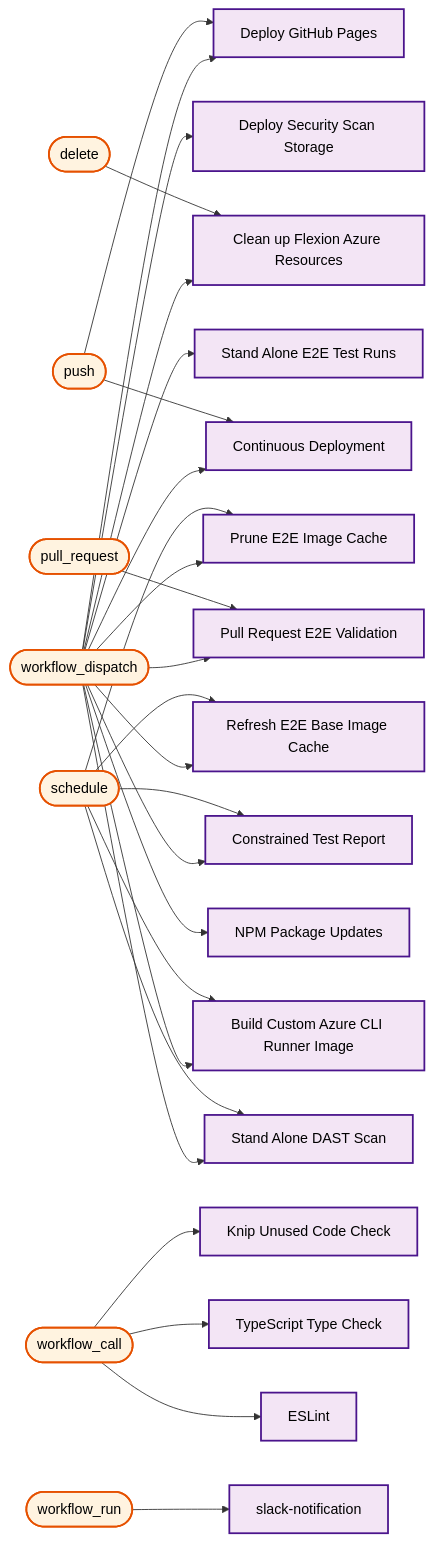
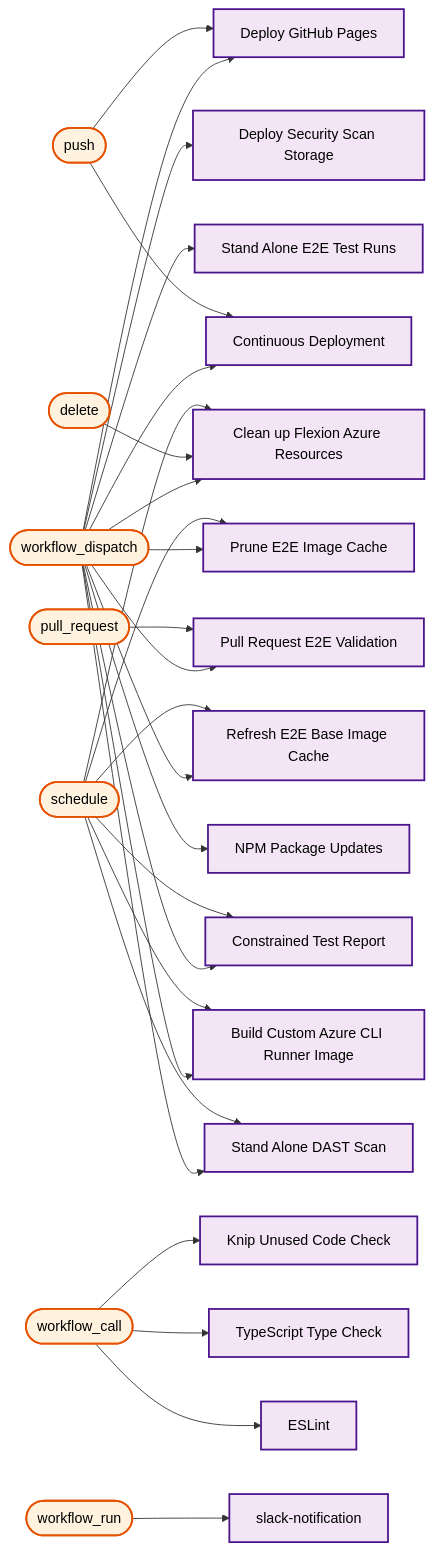
Diagram 27 of 27 in docs/operations/workflow-diagram.md (US-Trustee-Program/Bankruptcy-Oversight-Support-Systems), drawn with Mermaid before and after one commit. The commit also changed other lines of this file and 1 other file, not shown here.

Commit message:
Add nightly branch deployment cleanup

```diff
--- a/docs/operations/workflow-diagram.md
+++ b/docs/operations/workflow-diagram.md
@@ -1555,6 +1568,7 @@
     trigger_delete(["delete"])
     azure_remove_branch_yml["Clean up Flexion Azure Resources"]
     trigger_schedule(["schedule"])
+    azure_remove_branch_yml["Clean up Flexion Azure Resources"]
     prune_e2e_image_cache_yml["Prune E2E Image Cache"]
     refresh_e2e_base_images_yml["Refresh E2E Base Image Cache"]
     constrained_test_report_yml["Constrained Test Report"]
@@ -1583,6 +1597,7 @@
     trigger_push --> deploy_pages_yml
     trigger_push --> continuous_deployment_yml
     trigger_delete --> azure_remove_branch_yml
+    trigger_schedule --> azure_remove_branch_yml
     trigger_schedule --> prune_e2e_image_cache_yml
     trigger_schedule --> refresh_e2e_base_images_yml
     trigger_schedule --> constrained_test_report_yml
```
